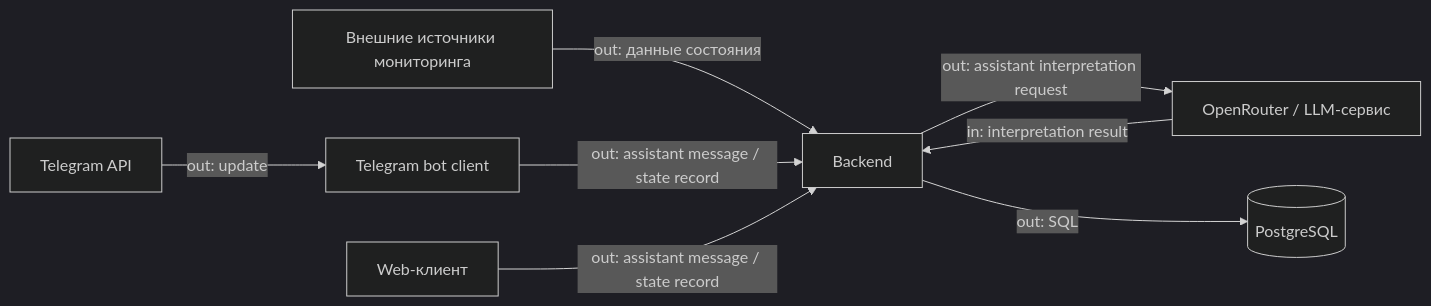
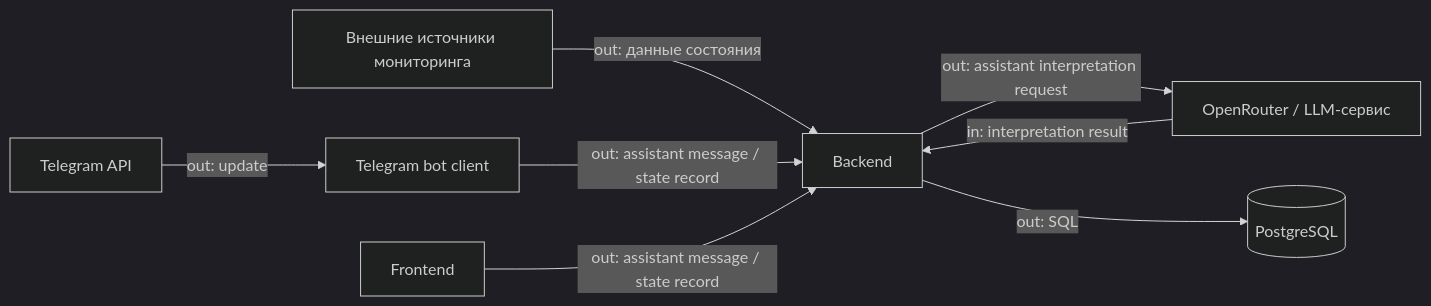
The first of 2 diagrams in docs/integrations.md (VladislavMilovanov/tg-maintenance-bot), drawn with Mermaid (dark theme) before and after one commit. The commit also changed other lines of this file and 18 other files, not shown here.

Commit message:
docs: sync onboarding and architecture guidance

````diff
--- a/docs/integrations.md
+++ b/docs/integrations.md
@@ -5,10 +5,10 @@
 ```mermaid
 flowchart LR
     MON[Внешние источники мониторинга] -->|out: данные состояния| BE[Backend]
     TG[Telegram API] -->|out: update| BOT[Telegram bot client]
     BOT -->|out: assistant message / state record| BE
-    WEB[Web-клиент] -->|out: assistant message / state record| BE
+    WEB[Frontend] -->|out: assistant message / state record| BE
     BE -->|out: assistant interpretation request| LLM[OpenRouter / LLM-сервис]
     LLM -->|in: interpretation result| BE
     BE -->|out: SQL| PG[(PostgreSQL)]
 ```
````
